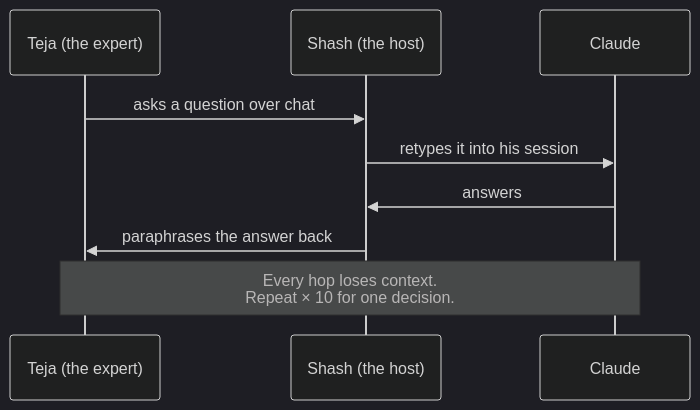
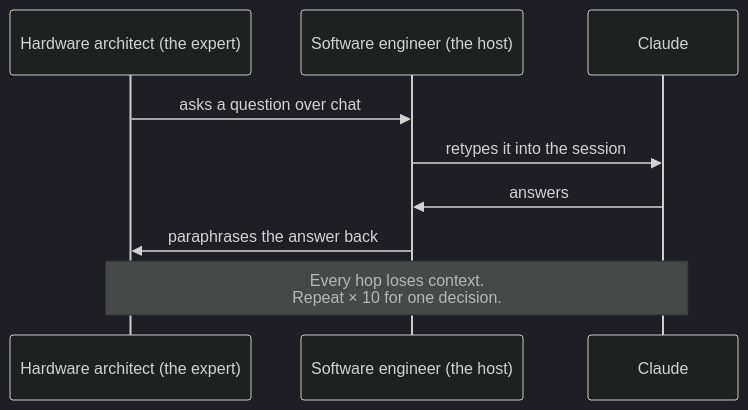
One commit to shashb27/tagteam changed the first of 3 diagrams in docs/PITCH.md. Above: the diagram before and after it, drawn with Mermaid (dark theme). The commit also changed other lines of this file and 6 other files, not shown here.

````diff
--- a/docs/PITCH.md
+++ b/docs/PITCH.md
@@ -12,11 +18,11 @@
 ```mermaid
 sequenceDiagram
-    participant T as Teja (the expert)
-    participant S as Shash (the host)
+    participant HW as Hardware architect (the expert)
+    participant SW as Software engineer (the host)
     participant C as Claude
-    T->>S: asks a question over chat
-    S->>C: retypes it into his session
-    C->>S: answers
-    S->>T: paraphrases the answer back
-    Note over T,C: Every hop loses context.<br/>Repeat × 10 for one decision.
+    HW->>SW: asks a question over chat
+    SW->>C: retypes it into the session
+    C->>SW: answers
+    SW->>HW: paraphrases the answer back
+    Note over HW,C: Every hop loses context.<br/>Repeat × 10 for one decision.
 ```
````
